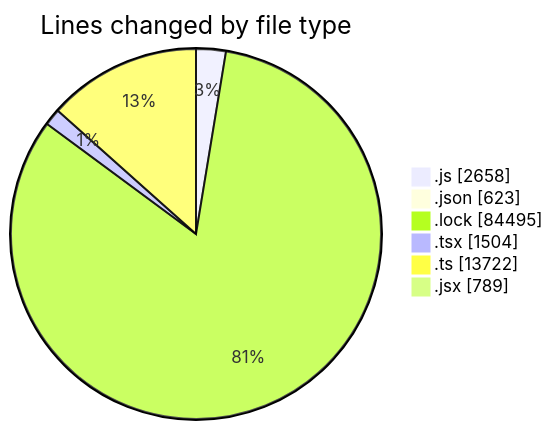
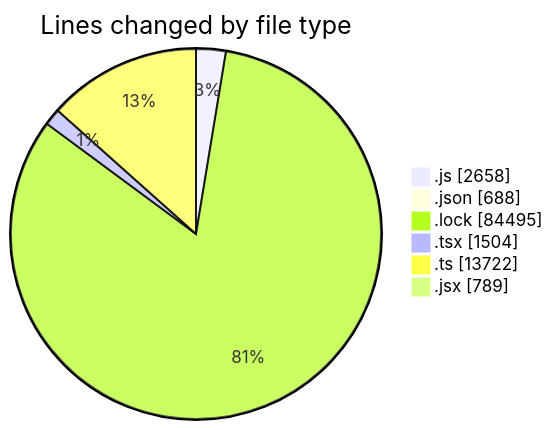
Before and after one commit to momahboobian/code-tracking: the first of 2 diagrams in 2025-12-18/cda/README.md, drawn with Mermaid. The commit also changed other lines of this file and 1 other file, not shown here.

````diff
--- a/2025-12-18/cda/README.md
+++ b/2025-12-18/cda/README.md
@@ -74,10 +75,10 @@
 ```mermaid
 pie showData
 title Lines changed by file type
 ".js" : 2658
-".json" : 623
+".json" : 688
 ".lock" : 84495
 ".tsx" : 1504
 ".ts" : 13722
 ".jsx" : 789
 ```
````
